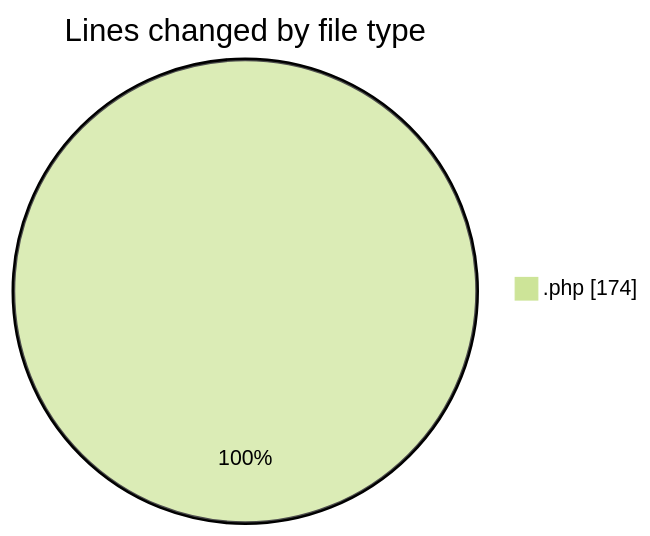
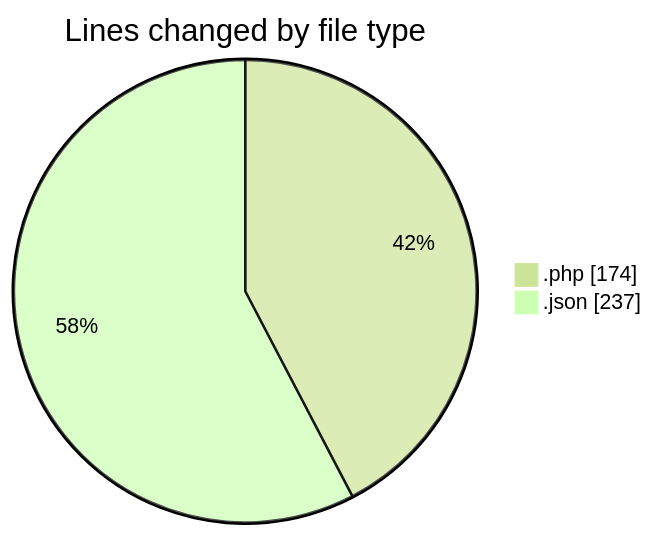
The first of 2 diagrams in 2025-05-30/studio-backend/README.md (idhammustaqopulfikri/code-tracking), drawn with Mermaid (forest theme) before and after one commit. The commit also changed other lines of this file and 1 other file, not shown here.

````diff
--- a/2025-05-30/studio-backend/README.md
+++ b/2025-05-30/studio-backend/README.md
@@ -21,5 +22,6 @@
 ```mermaid
 pie showData
 title Lines changed by file type
 ".php" : 174
+".json" : 237
 ```
````
